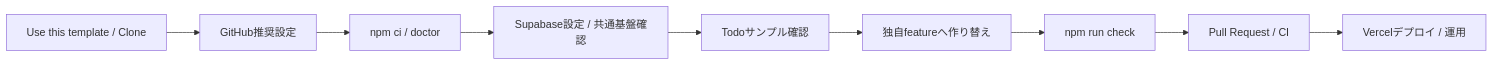
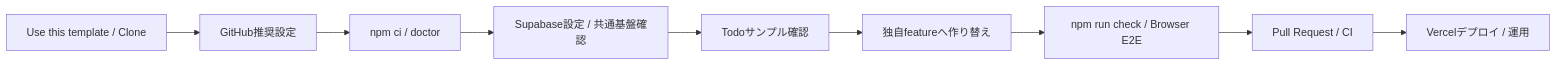
Before and after one commit to k-systems202208/nextjs-supabase-vercel-webapp-template: the first of 4 diagrams in README.md, drawn with Mermaid. The commit also changed other lines of this file and 20 other files, not shown here.

````diff
--- a/README.md
+++ b/README.md
@@ -11,11 +11,11 @@
 ```mermaid
 flowchart LR
     A["Use this template / Clone"] --> B["GitHub推奨設定"]
     B --> C["npm ci / doctor"]
     C --> D["Supabase設定 / 共通基盤確認"]
     D --> E["Todoサンプル確認"]
     E --> F["独自featureへ作り替え"]
-    F --> G["npm run check"]
+    F --> G["npm run check / Browser E2E"]
     G --> H["Pull Request / CI"]
     H --> I["Vercelデプロイ / 運用"]
 ```
````
